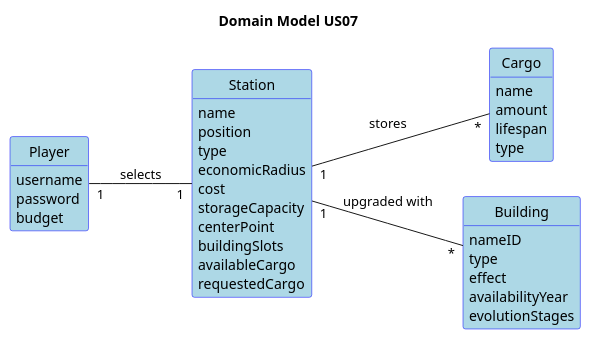
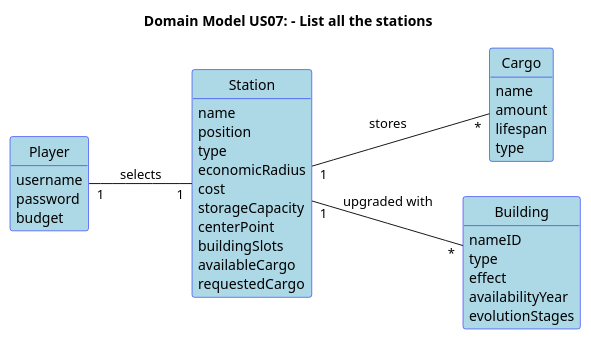
Before and after one commit to HenriqueSilva18/Railway-Network-Simulator: the diagram in docs/system-documentation/Sprint 1/US07/02.analysis/puml/US007-DM.puml, drawn with PlantUML. The commit also changed 9 other files, not shown here.

Commit message:
US07 & US03 - Fixing SSD Diagram Names, Changing Logic in SSD US07 and Fixing requirements md files #3 #7

```diff
--- a/docs/system-documentation/Sprint 1/US07/02.analysis/puml/US007-DM.puml
+++ b/docs/system-documentation/Sprint 1/US07/02.analysis/puml/US007-DM.puml
@@ -1,58 +1,58 @@
 @startuml
 
 skinparam packageStyle rectangle
  skinparam shadowing false
  skinparam classAttributeIconSize 0
  skinparam class {
    BackgroundColor LightBlue
    BorderColor Blue
  }
 
  left to right direction
 
  skinparam classAttributeIconSize 0
 
  hide circle
  hide methods
 
-title Domain Model US07
+title Domain Model US07: - List all the stations
 
 class Player {
     username
     password
     budget
   }
 
 class Station {
     name
     position
     type
     economicRadius
     cost
     storageCapacity
     centerPoint
     buildingSlots
     availableCargo
     requestedCargo
   }
 
 class Cargo {
    name
    amount
    lifespan
    type
   }
 
 class Building {
     nameID
     type
     effect
     availabilityYear
     evolutionStages
   }
 
 
 Player "1" -- "1" Station : selects
 Station "1" -- "*" Cargo : stores
 Station "1" -- "*" Building : upgraded with
 @enduml
```
